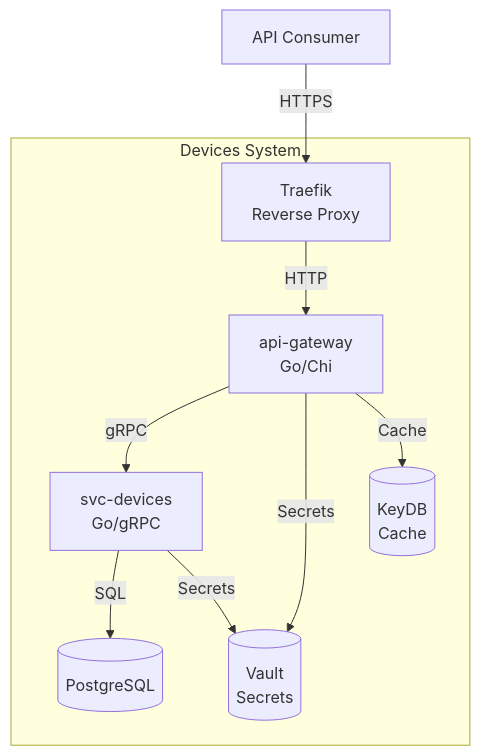
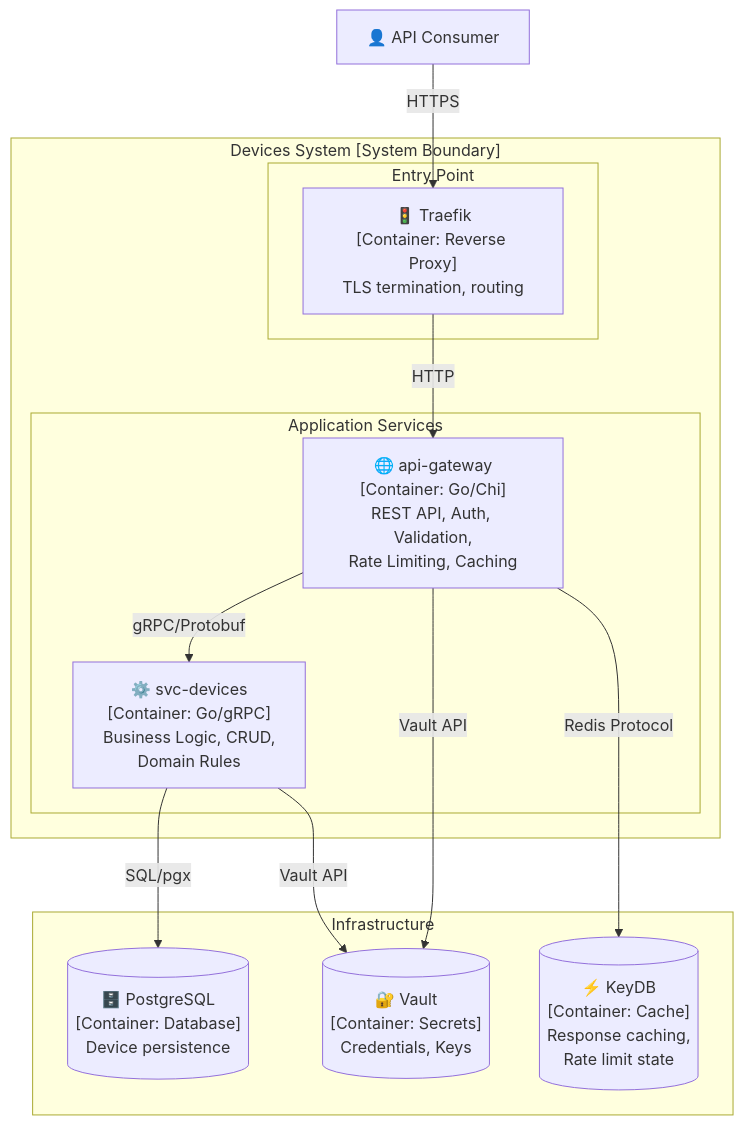
The second of 12 diagrams in docs/architecture.md (architeacher/devices), drawn with Mermaid before and after one commit. The commit also changed other lines of this file and 163 other files, not shown here.

First line of the commit message:
feat(api-gateway): :sparkles: add cache management admin API and HTTP caching support.

````diff
--- a/docs/architecture.md
+++ b/docs/architecture.md
@@ -161,21 +243,29 @@
 ```mermaid
 graph TB
-    User[API Consumer]
+    User["👤 API Consumer"]
 
-    subgraph System[Devices System]
-        Traefik[Traefik<br/>Reverse Proxy]
-        Gateway[api-gateway<br/>Go/Chi]
-        Devices[svc-devices<br/>Go/gRPC]
-        DB[(PostgreSQL)]
-        Vault[(Vault<br/>Secrets)]
-        KeyDB[(KeyDB<br/>Cache)]
+    subgraph boundary ["Devices System [System Boundary]"]
+        subgraph entry [Entry Point]
+            Traefik["🚦 Traefik<br/>[Container: Reverse Proxy]<br/>TLS termination, routing"]
+        end
+
+        subgraph services [Application Services]
+            Gateway["🌐 api-gateway<br/>[Container: Go/Chi]<br/>REST API, Auth, Validation,<br/>Rate Limiting, Caching"]
+            Devices["⚙️ svc-devices<br/>[Container: Go/gRPC]<br/>Business Logic, CRUD,<br/>Domain Rules"]
+        end
     end
 
-    User -->|HTTPS| Traefik
-    Traefik -->|HTTP| Gateway
-    Gateway -->|gRPC| Devices
-    Gateway -->|Secrets| Vault
-    Gateway -->|Cache| KeyDB
-    Devices -->|SQL| DB
-    Devices -->|Secrets| Vault
+    subgraph infra [Infrastructure]
+        DB[("🗄️ PostgreSQL<br/>[Container: Database]<br/>Device persistence")]
+        Vault[("🔐 Vault<br/>[Container: Secrets]<br/>Credentials, Keys")]
+        KeyDB[("⚡ KeyDB<br/>[Container: Cache]<br/>Response caching,<br/>Rate limit state")]
+    end
+
+    User -->|"HTTPS"| Traefik
+    Traefik -->|"HTTP"| Gateway
+    Gateway -->|"gRPC/Protobuf"| Devices
+    Gateway -->|"Vault API"| Vault
+    Gateway -->|"Redis Protocol"| KeyDB
+    Devices -->|"SQL/pgx"| DB
+    Devices -->|"Vault API"| Vault
 ```
````
